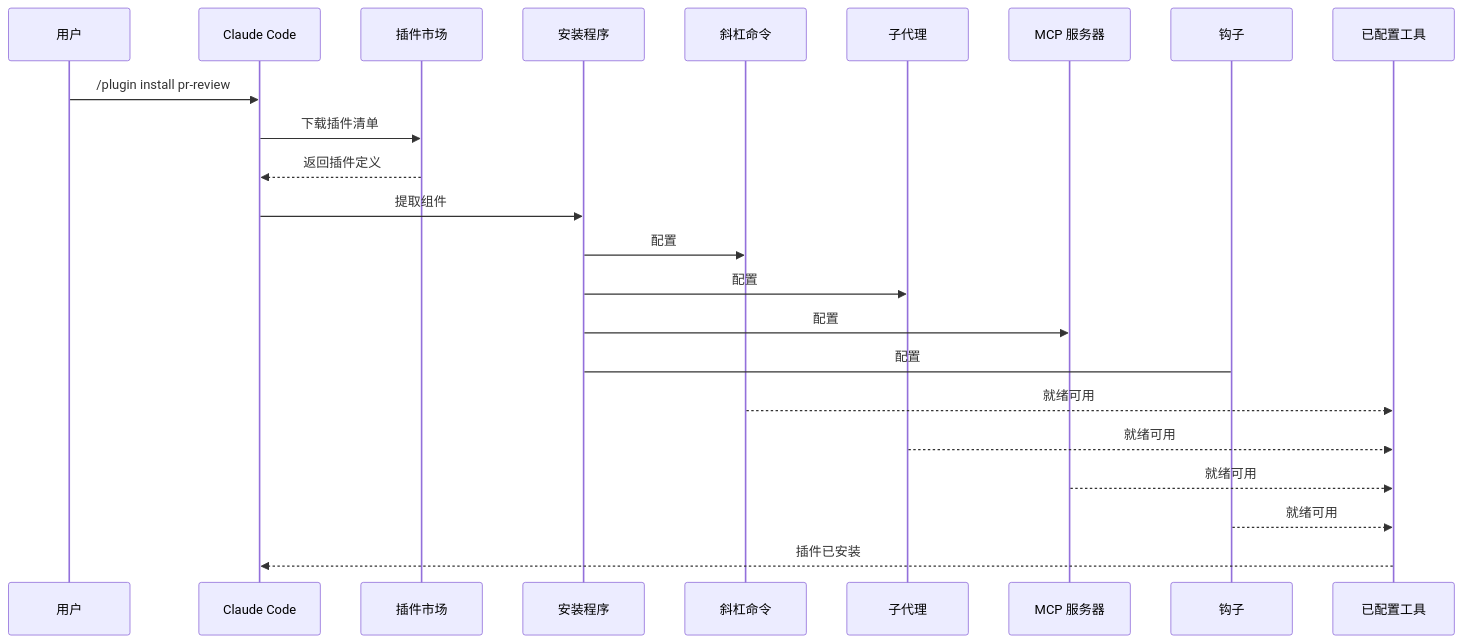
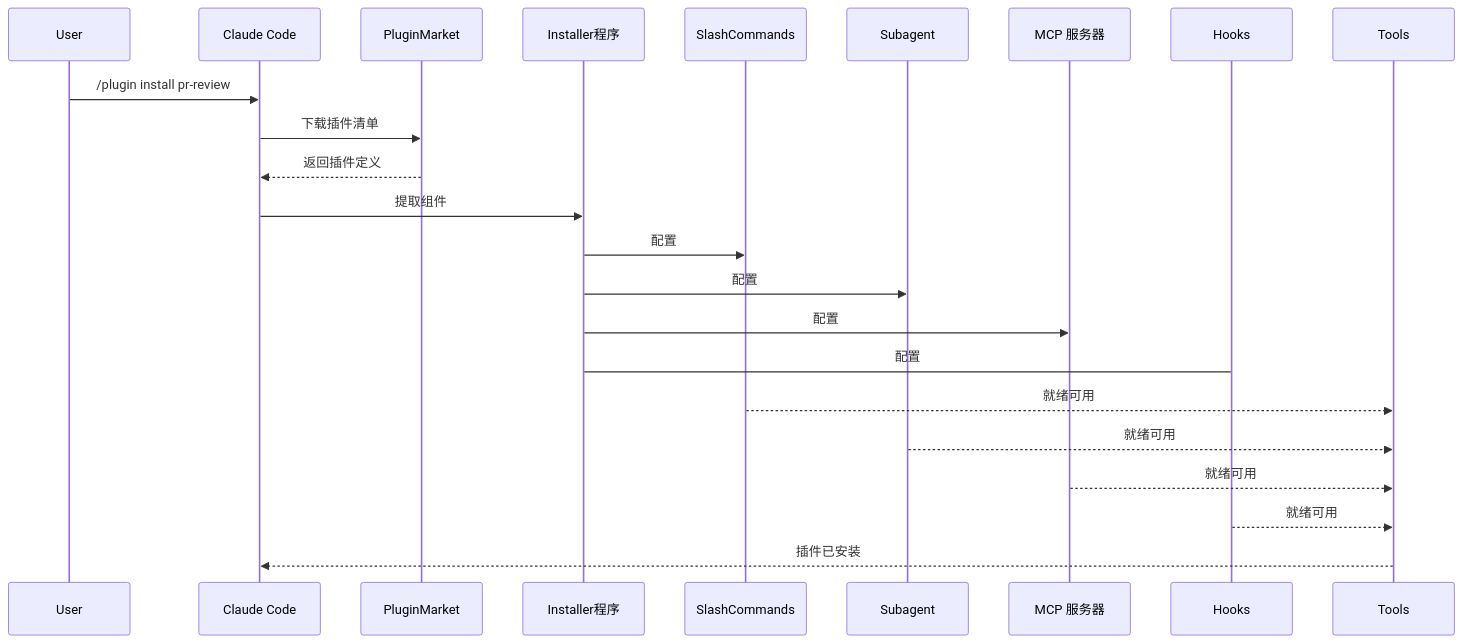
One commit to Rx782-Fss/claude-howto-zh changed the second of 5 diagrams in claude-howto-zh/07-plugins/README.md. Above: the diagram before and after it, drawn with Mermaid. The commit also changed 3 other files, not shown here.

First line of the commit message:
fix: 清除 sequenceDiagram 中 29处 as 中文别名

````diff
--- a/claude-howto-zh/07-plugins/README.md
+++ b/claude-howto-zh/07-plugins/README.md
@@ -34,26 +34,26 @@
 ```mermaid
 sequenceDiagram
-    participant User as 用户
+    participant User as User
     participant Claude as Claude Code
-    participant Plugin as 插件市场
-    participant Install as 安装程序
-    participant SlashCmds as 斜杠命令
-    participant Subagents as 子代理
+    participant Plugin as PluginMarket
+    participant Install as Installer程序
+    participant SlashCmds as SlashCommands
+    participant Subagents as Subagent
     participant MCPServers as MCP 服务器
-    participant Hooks as 钩子
-    participant Tools as 已配置工具
+    participant Hooks as Hooks
+    participant Tools as Tools
 
     User->>Claude: /plugin install pr-review
     Claude->>Plugin: 下载插件清单
     Plugin-->>Claude: 返回插件定义
     Claude->>Install: 提取组件
     Install->>SlashCmds: 配置
     Install->>Subagents: 配置
     Install->>MCPServers: 配置
     Install->Hooks: 配置
     SlashCmds-->>Tools: 就绪可用
     Subagents-->>Tools: 就绪可用
     MCPServers-->>Tools: 就绪可用
     Hooks-->>Tools: 就绪可用
     Tools-->>Claude: 插件已安装 
 ```
````
